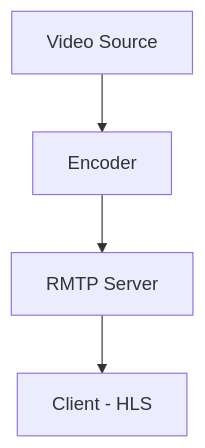
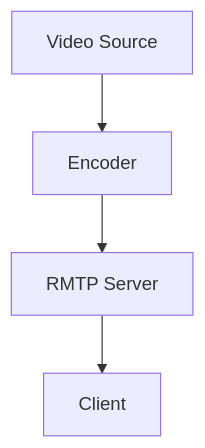
One commit to Philipelima/rtmp-server changed the diagram in README.md. Above: the diagram before and after it, drawn with Mermaid.

Commit message:
feat: README.md

````diff
--- a/README.md
+++ b/README.md
@@ -28,7 +28,7 @@
 ```mermaid 
 
     graph TD;
         R[Video Source]-->e[Encoder]-->S[RMTP Server];
-        S-->C[Client - HLS];
+        S-->C[Client];
       
 ```
````
